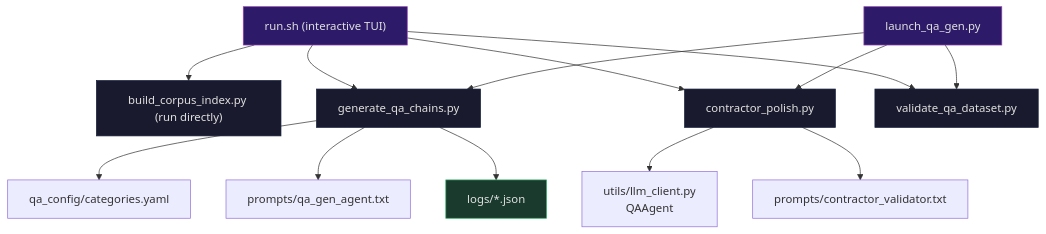
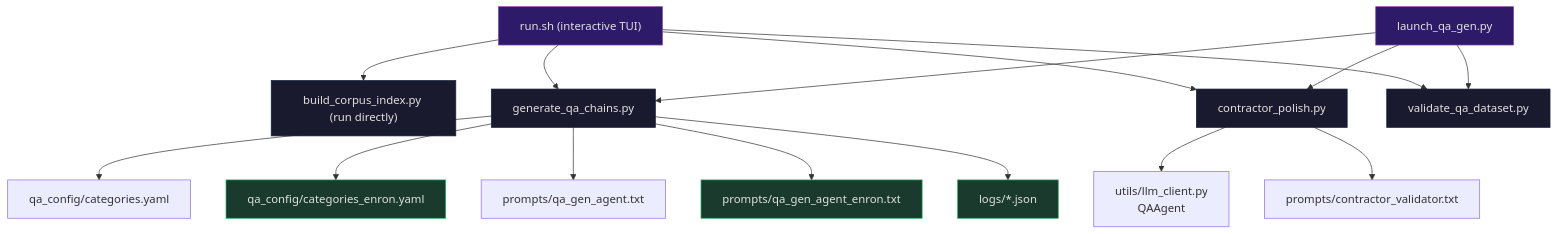
The eighth of 9 diagrams in architecture.md (magic-data-ops/chunker), drawn with Mermaid before and after one commit. The commit also changed other lines of this file, not shown here.

````diff
--- a/architecture.md
+++ b/architecture.md
@@ -293,29 +305,33 @@
 ```mermaid
 flowchart TB
     LAUNCH["launch_qa_gen.py"]
     RUN["run.sh (interactive TUI)"]
     S1["build_corpus_index.py (run directly)"]
 
     LAUNCH --> S2["generate_qa_chains.py"]
     LAUNCH --> S3["contractor_polish.py"]
     LAUNCH --> S4["validate_qa_dataset.py"]
     RUN --> S1
     RUN --> S2
     RUN --> S3
     RUN --> S4
 
     S2 --> YAML["qa_config/categories.yaml"]
+    S2 --> YAML_E["qa_config/categories_enron.yaml"]
     S2 --> PROMPT["prompts/qa_gen_agent.txt"]
+    S2 --> PROMPT_E["prompts/qa_gen_agent_enron.txt"]
     S2 --> LOGDIR["logs/*.json"]
 
     S3 --> LLM["utils/llm_client.py<br/>QAAgent"]
     S3 --> VPROMPT["prompts/contractor_validator.txt"]
 
     style LAUNCH fill:#2d1b69,stroke:#8e44ad,color:#e0e0e0
     style RUN fill:#2d1b69,stroke:#8e44ad,color:#e0e0e0
     style S1 fill:#1a1a2e,stroke:#16213e,color:#e0e0e0
     style S2 fill:#1a1a2e,stroke:#16213e,color:#e0e0e0
     style S3 fill:#1a1a2e,stroke:#16213e,color:#e0e0e0
     style S4 fill:#1a1a2e,stroke:#16213e,color:#e0e0e0
     style LOGDIR fill:#1a3a2e,stroke:#27ae60,color:#e0e0e0
+    style YAML_E fill:#1a3a2e,stroke:#27ae60,color:#e0e0e0
+    style PROMPT_E fill:#1a3a2e,stroke:#27ae60,color:#e0e0e0
 ```
````
